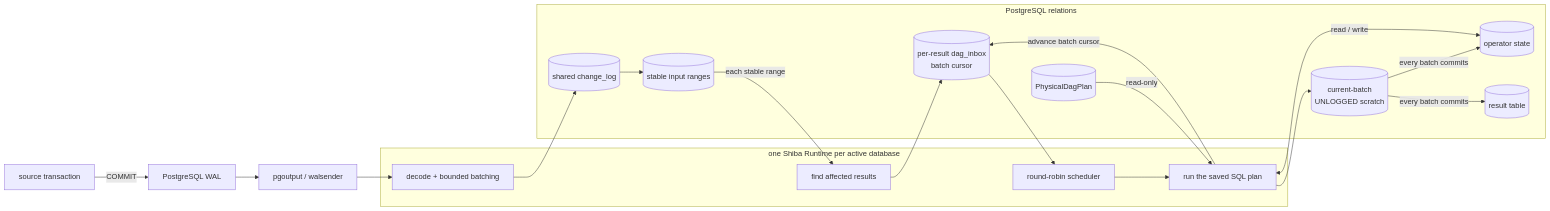
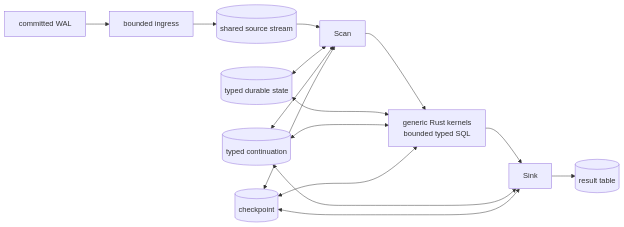
The diagram in README.md (frelion/shiba), drawn with Mermaid before and after one commit. The commit also changed other lines of this file and 111 other files, not shown here.

Commit message:
refactor: move dataflow execution into Rust kernels

````diff
--- a/README.md
+++ b/README.md
@@ -15,36 +16,18 @@
 ```mermaid
 flowchart LR
-    TX["source transaction"] -->|"COMMIT"| WAL["PostgreSQL WAL"]
-    WAL --> WS["pgoutput / walsender"]
+    WAL["committed WAL"] --> IN["bounded ingress"]
+    IN --> SRC[("shared source stream")]
+    SRC --> S["Scan"]
+    S --> O["generic Rust kernels<br/>bounded typed SQL"]
+    O --> K["Sink"]
+    K --> R[("result table")]
 
-    subgraph PG["PostgreSQL relations"]
-        LOG[("shared change_log")]
-        BATCH[("stable input ranges")]
-        INBOX[("per-result dag_inbox<br/>batch cursor")]
-        PLAN[("PhysicalDagPlan")]
-        SCRATCH[("current-batch<br/>UNLOGGED scratch")]
-        STATE[("operator state")]
-        RESULT[("result table")]
-    end
-
-    subgraph R["one Shiba Runtime per active database"]
-        DECODE["decode + bounded batching"]
-        ROUTE["find affected results"]
-        SCHEDULE["round-robin scheduler"]
-        APPLY["run the saved SQL plan"]
-    end
-
-    WS --> DECODE
-    DECODE --> LOG
-    LOG --> BATCH
-    BATCH -->|"each stable range"| ROUTE
-    ROUTE --> INBOX
-    INBOX --> SCHEDULE
-    SCHEDULE --> APPLY
-    PLAN -->|"read-only"| APPLY
-    APPLY --> SCRATCH
-    SCRATCH -->|"every batch commits"| STATE
-    SCRATCH -->|"every batch commits"| RESULT
-    STATE <-->|"read / write"| APPLY
-    APPLY -->|"advance batch cursor"| INBOX
+    ST[("typed durable state")] <--> S
+    ST <--> O
+    CT[("typed continuation")] <--> S
+    CT <--> O
+    CT <--> K
+    CP[("checkpoint")] <--> S
+    CP <--> O
+    CP <--> K
 ```
````
